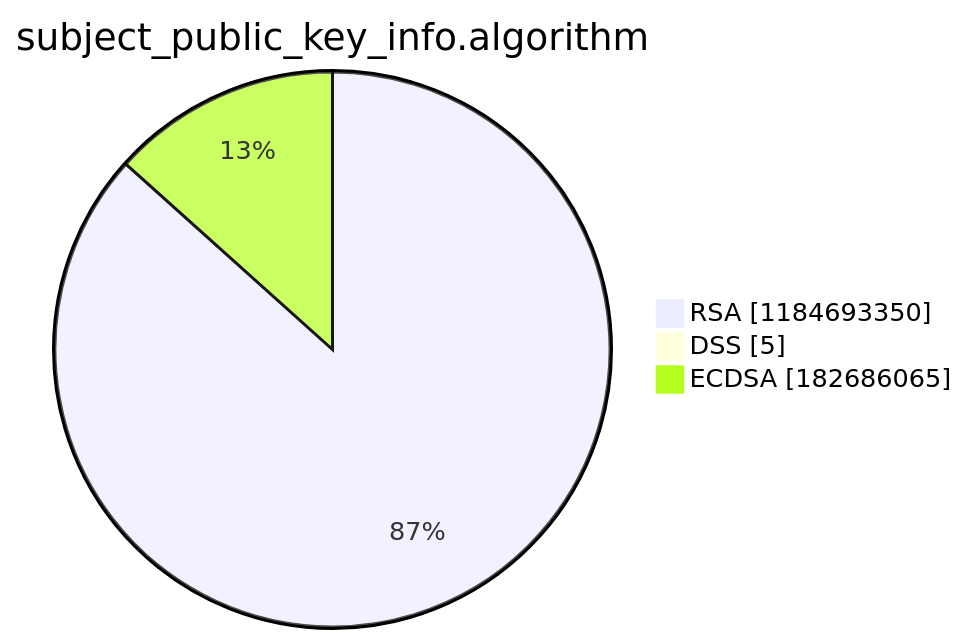
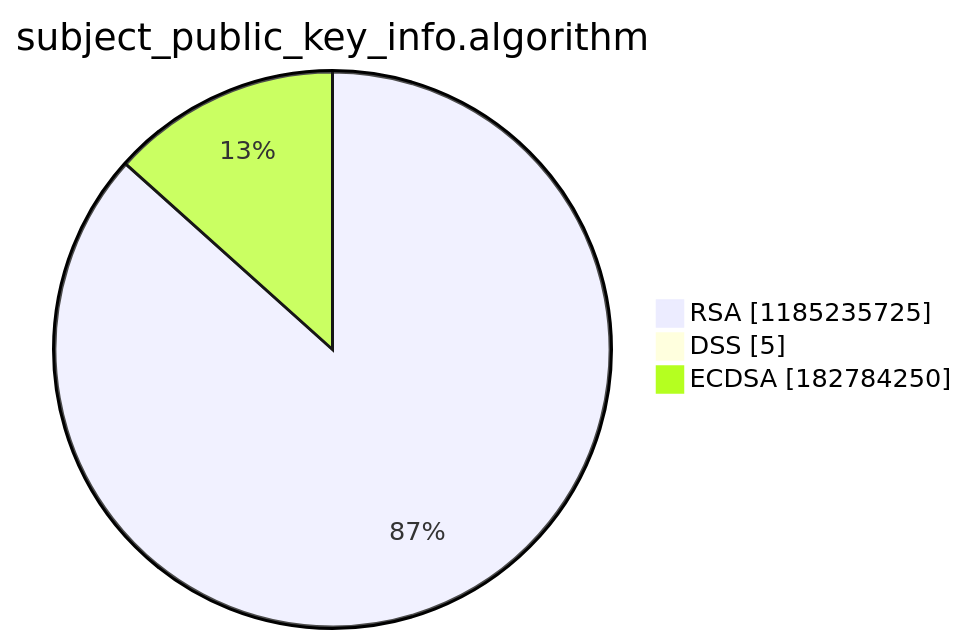
Before and after one commit to christiankrug/ctmonitor_visualization: the third of 15 diagrams in argon2022/README.md, drawn with Mermaid. The commit also changed other lines of this file, not shown here.

````diff
--- a/argon2022/README.md
+++ b/argon2022/README.md
@@ -14,7 +14,7 @@
 ```mermaid
 pie showData
 title subject_public_key_info.algorithm
-"RSA" :1184693350
+"RSA" :1185235725
 "DSS" :5
-"ECDSA" :182686065
+"ECDSA" :182784250
 ```
````
